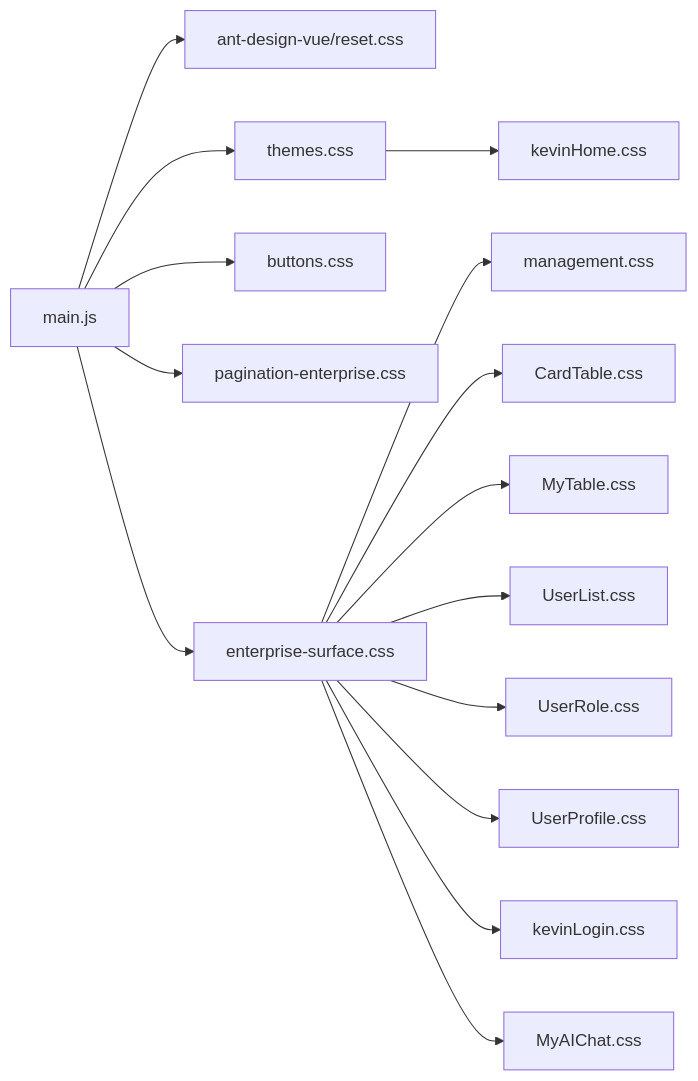
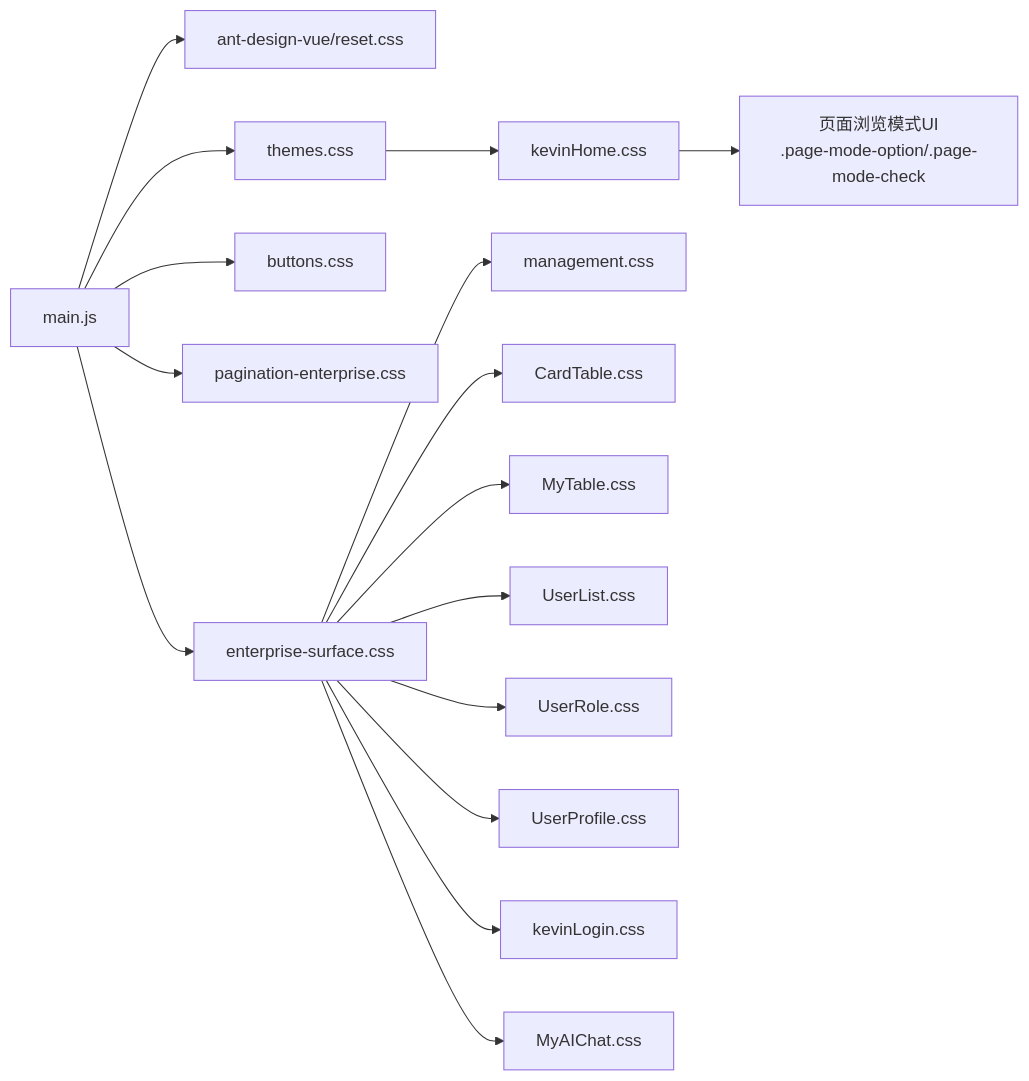
The sixth of 6 diagrams in .qoder/repowiki/zh/content/前端架构/UI样式/UI样式.md (junkai-li/NetCoreKevin), drawn with Mermaid before and after one commit. The commit also changed other lines of this file and 39 other files, not shown here.

````diff
--- a/.qoder/repowiki/zh/content/前端架构/UI样式/UI样式.md
+++ b/.qoder/repowiki/zh/content/前端架构/UI样式/UI样式.md
@@ -255,17 +302,18 @@
 ```mermaid
 graph LR
 MJ["main.js"] --> AD["ant-design-vue/reset.css"]
 MJ --> TH["themes.css"]
 MJ --> BT["buttons.css"]
 MJ --> PG["pagination-enterprise.css"]
 MJ --> ES["enterprise-surface.css"]
 TH --> HM["kevinHome.css"]
 ES --> MG["management.css"]
 ES --> CT["CardTable.css"]
 ES --> MT["MyTable.css"]
 ES --> UL["UserList.css"]
 ES --> UR["UserRole.css"]
 ES --> UP["UserProfile.css"]
 ES --> KL["kevinLogin.css"]
 ES --> AC["MyAIChat.css"]
+HM --> PM["页面浏览模式UI<br/>.page-mode-option/.page-mode-check"]
 ```
````
